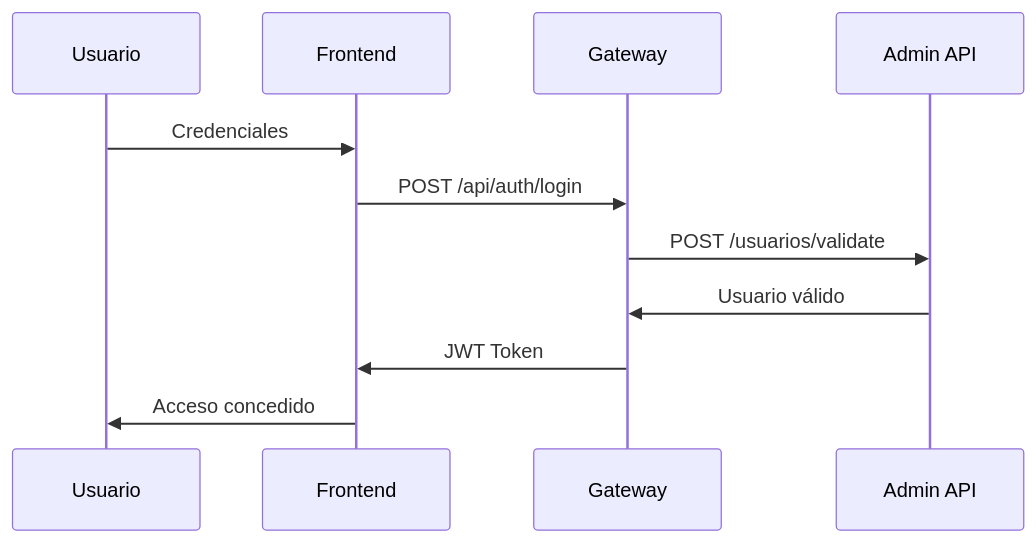
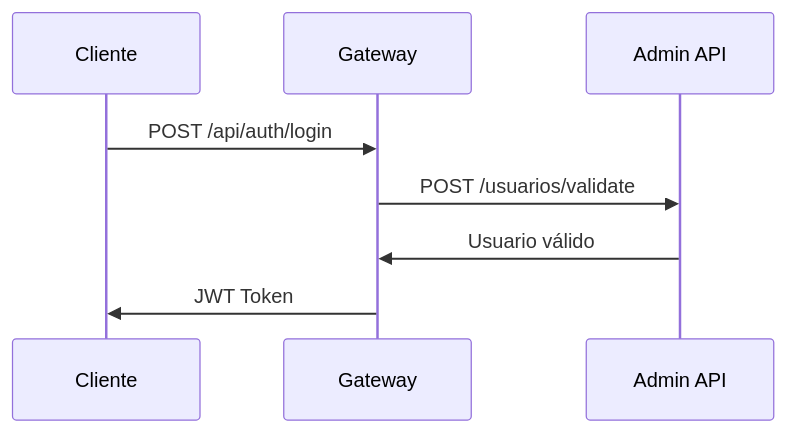
The second of 3 diagrams in README.md (A1EXF6A/hospitalSystem), drawn with Mermaid before and after one commit. The commit also changed other lines of this file, not shown here.

````diff
--- a/README.md
+++ b/README.md
@@ -272,14 +244,11 @@
 ```mermaid
 sequenceDiagram
-    participant U as Usuario
-    participant F as Frontend
+    participant C as Cliente
     participant G as Gateway
     participant A as Admin API
     
-    U->>F: Credenciales
-    F->>G: POST /api/auth/login
+    C->>G: POST /api/auth/login
     G->>A: POST /usuarios/validate
     A->>G: Usuario válido
-    G->>F: JWT Token
-    F->>U: Acceso concedido
+    G->>C: JWT Token
 ```
````
